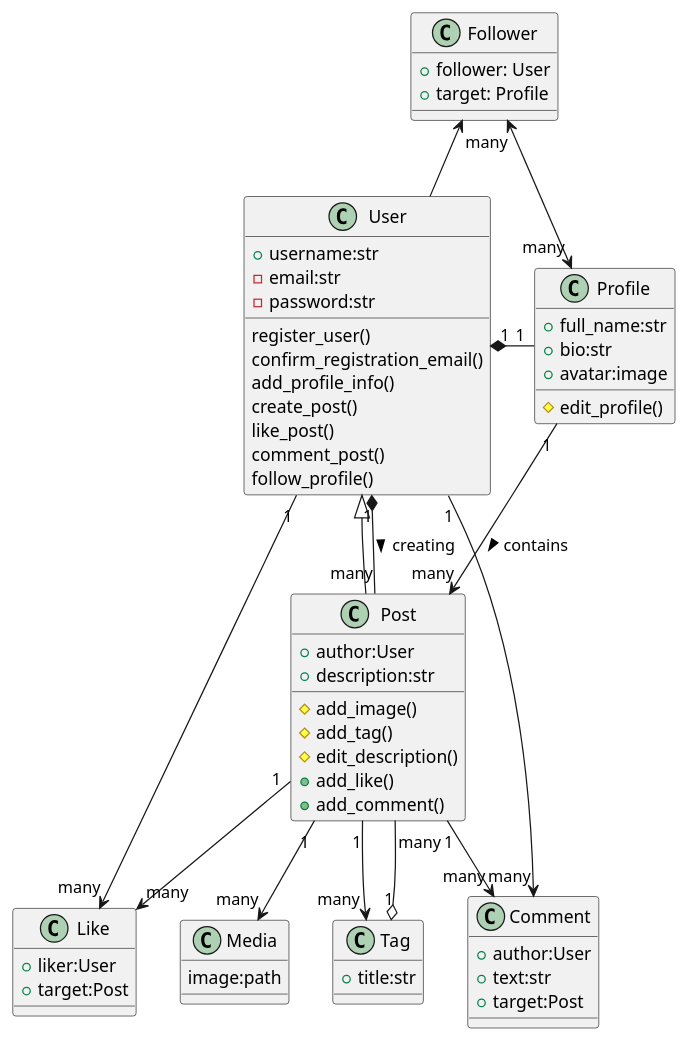
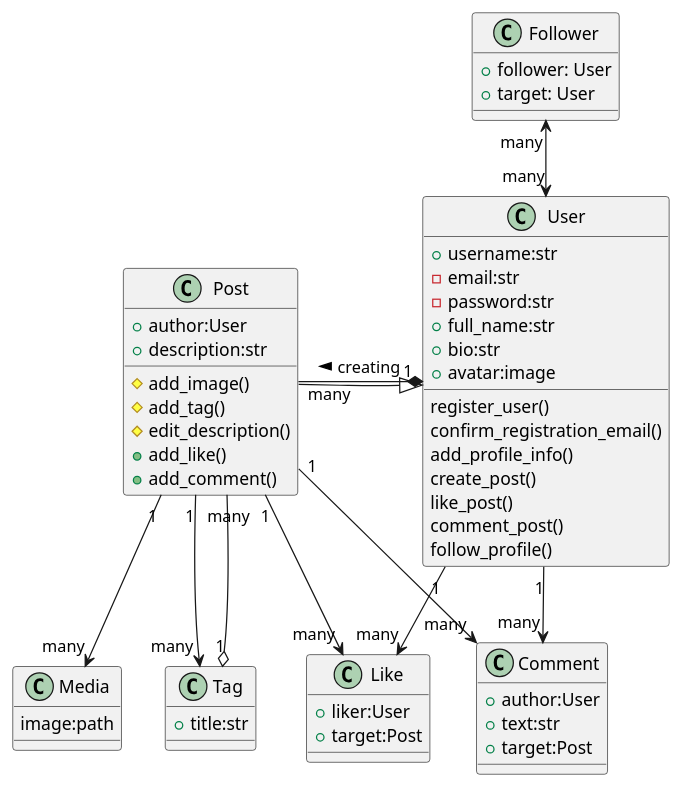
Before and after one commit to Ihor-Prokopenko/DjangoGramm: the diagram in DjangoGramm.puml, drawn with PlantUML.

Commit message:
small correct

```diff
--- a/DjangoGramm.puml
+++ b/DjangoGramm.puml
@@ -1,85 +1,78 @@
 @startuml
 
 
 class User
 class Post
-class Profile
 class Media
 class Tag
 class Like
 class Comment
 class Follower
 
 
 class User {
     +username:str
     -email:str
     -password:str
+    +full_name:str
+    +bio:str
+    +avatar:image
     register_user()
     confirm_registration_email()
     add_profile_info()
     create_post()
     like_post()
     comment_post()
     follow_profile()
 }
 
 class Post {
     +author:User
     +description:str
     #add_image()
     #add_tag()
     #edit_description()
     +add_like()
     +add_comment()
 }
 
-class Profile {
-    +full_name:str
-    +bio:str
-    +avatar:image
-    #edit_profile()
-}
 
 class Tag {
     +title:str
 }
 
 class Like {
     +liker:User
     +target:Post
 }
 
 class Media {
     image:path
 }
 
 class Comment {
     +author:User
     +text:str
     +target:Post
 }
 
 class Follower {
     +follower: User
-    +target: Profile
+    +target: User
 }
 
 
 User "1" *- "many" Post : creating >
-User "1" *- "1" Profile
 User "1"-->"many" Like
 User "1"-->"many" Comment
-Profile "1" --> "many" Post : contains >
 Post --|> User
 Post "1"-->"many" Media
 Post "1"-->"many" Tag
 Post "1"-->"many" Comment
 Post "1"-->"many" Like
 Tag "1" o-- "many" Post
-Follower "many"<-->"many" Profile
-Follower <-- User
+Follower "many"<-->"many" User
 
 
 
 @enduml
```
